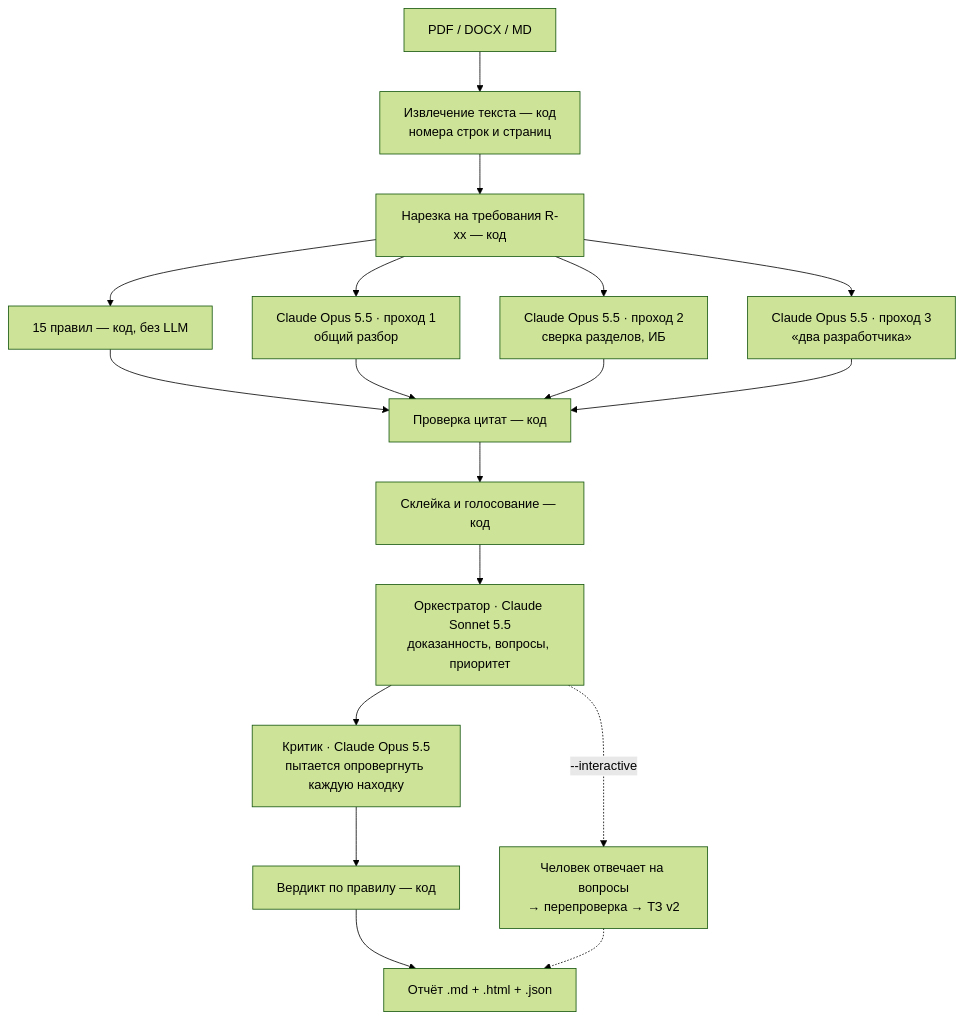
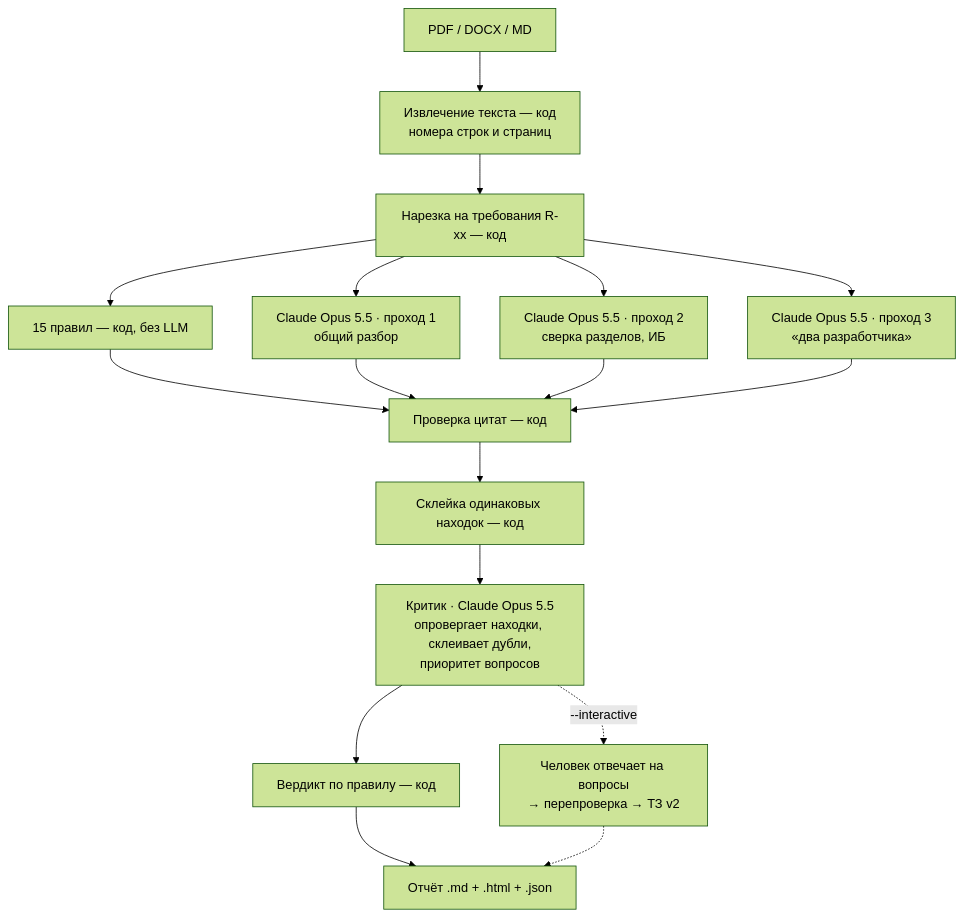
Before and after one commit to Aldibek/AI_agent_hack: the diagram in README.md, drawn with Mermaid (forest theme). The commit also changed other lines of this file and 9 other files, not shown here.

````diff
--- a/README.md
+++ b/README.md
@@ -11,20 +11,19 @@
 ```mermaid
 flowchart TD
     IN[PDF / DOCX / MD] --> ING[Извлечение текста — код<br/>номера строк и страниц]
     ING --> SEG[Нарезка на требования R-xx — код]
     SEG --> RUL[15 правил — код, без LLM]
     SEG --> R1[Claude Opus 5.5 · проход 1<br/>общий разбор]
     SEG --> R2[Claude Opus 5.5 · проход 2<br/>сверка разделов, ИБ]
     SEG --> R3[Claude Opus 5.5 · проход 3<br/>«два разработчика»]
     RUL --> GR[Проверка цитат — код]
     R1 --> GR
     R2 --> GR
     R3 --> GR
-    GR --> MRG[Склейка и голосование — код]
-    MRG --> ORC[Оркестратор · Claude Sonnet 5.5<br/>доказанность, вопросы, приоритет]
-    ORC --> JDG[Критик · Claude Opus 5.5<br/>пытается опровергнуть каждую находку]
+    GR --> MRG[Склейка одинаковых находок — код]
+    MRG --> JDG[Критик · Claude Opus 5.5<br/>опровергает находки, склеивает дубли,<br/>приоритет вопросов]
     JDG --> VER[Вердикт по правилу — код]
     VER --> OUT[Отчёт .md + .html + .json]
-    ORC -. --interactive .-> HUM[Человек отвечает на вопросы<br/>→ перепроверка → ТЗ v2]
+    JDG -. --interactive .-> HUM[Человек отвечает на вопросы<br/>→ перепроверка → ТЗ v2]
     HUM -.-> OUT
 ```
````
